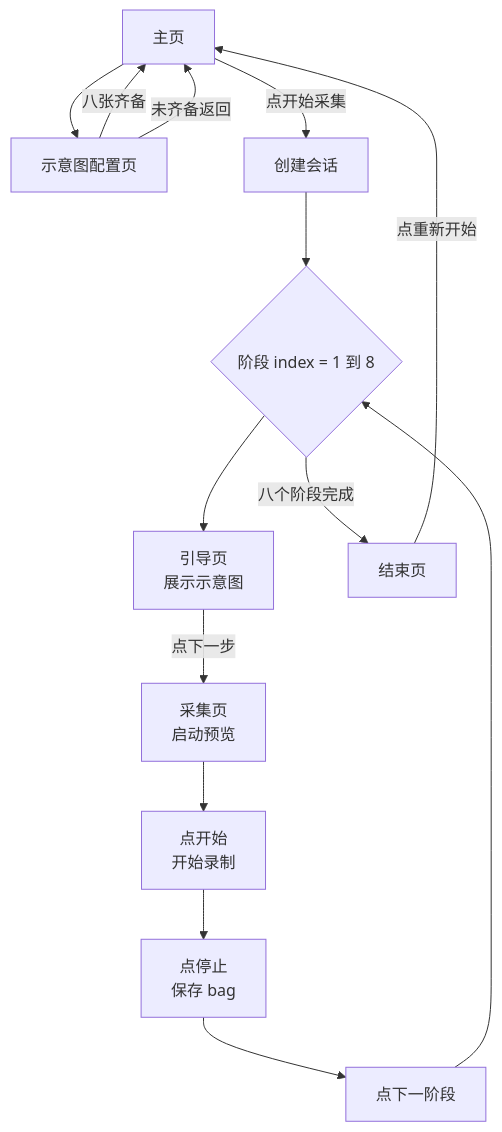
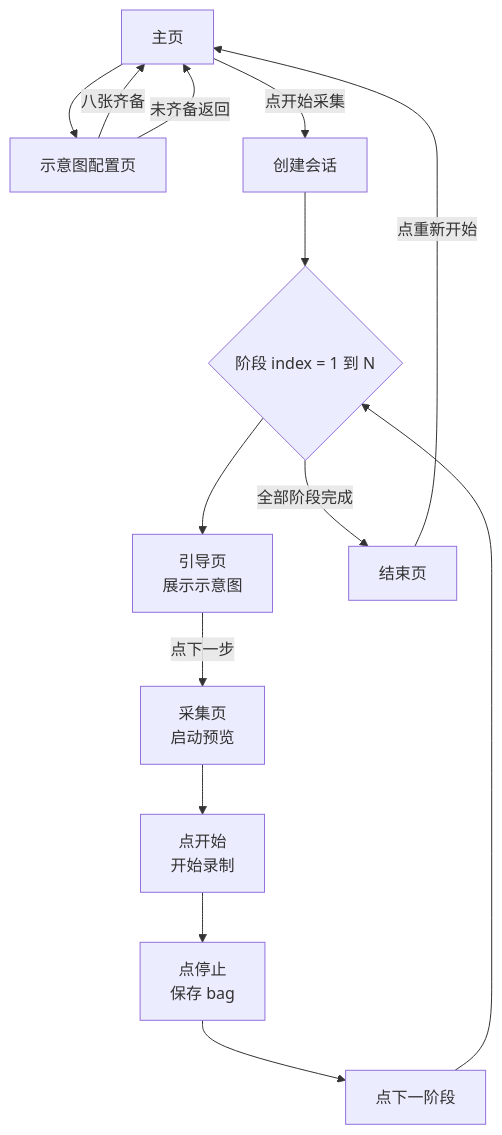
Before and after one commit to Chenhui7au/Realsense-DataCollector: the diagram in docs/FRONTEND.md, drawn with Mermaid. The commit also changed other lines of this file and 9 other files, not shown here.

````diff
--- a/docs/FRONTEND.md
+++ b/docs/FRONTEND.md
@@ -214,16 +216,16 @@
 ```mermaid
 flowchart TD
     A["主页"] --> G0["示意图配置页"]
     G0 -->|八张齐备| A
     G0 -->|未齐备返回| A
     A -->|点开始采集| B["创建会话"]
-    B --> C{"阶段 index = 1 到 8"}
+    B --> C{"阶段 index = 1 到 N"}
     C --> D["引导页<br/>展示示意图"]
     D -->|点下一步| E["采集页<br/>启动预览"]
     E --> F["点开始<br/>开始录制"]
     F --> G["点停止<br/>保存 bag"]
     G --> H["点下一阶段"]
     H --> C
-    C -->|八个阶段完成| I["结束页"]
+    C -->|全部阶段完成| I["结束页"]
     I -->|点重新开始| A
 ```
````
